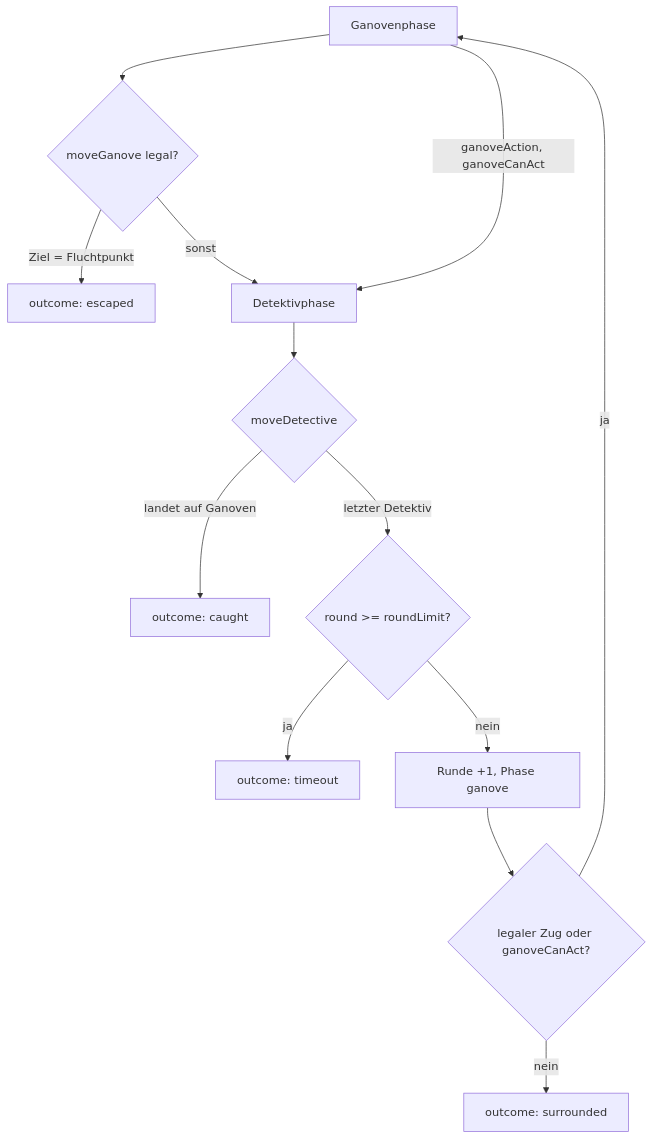
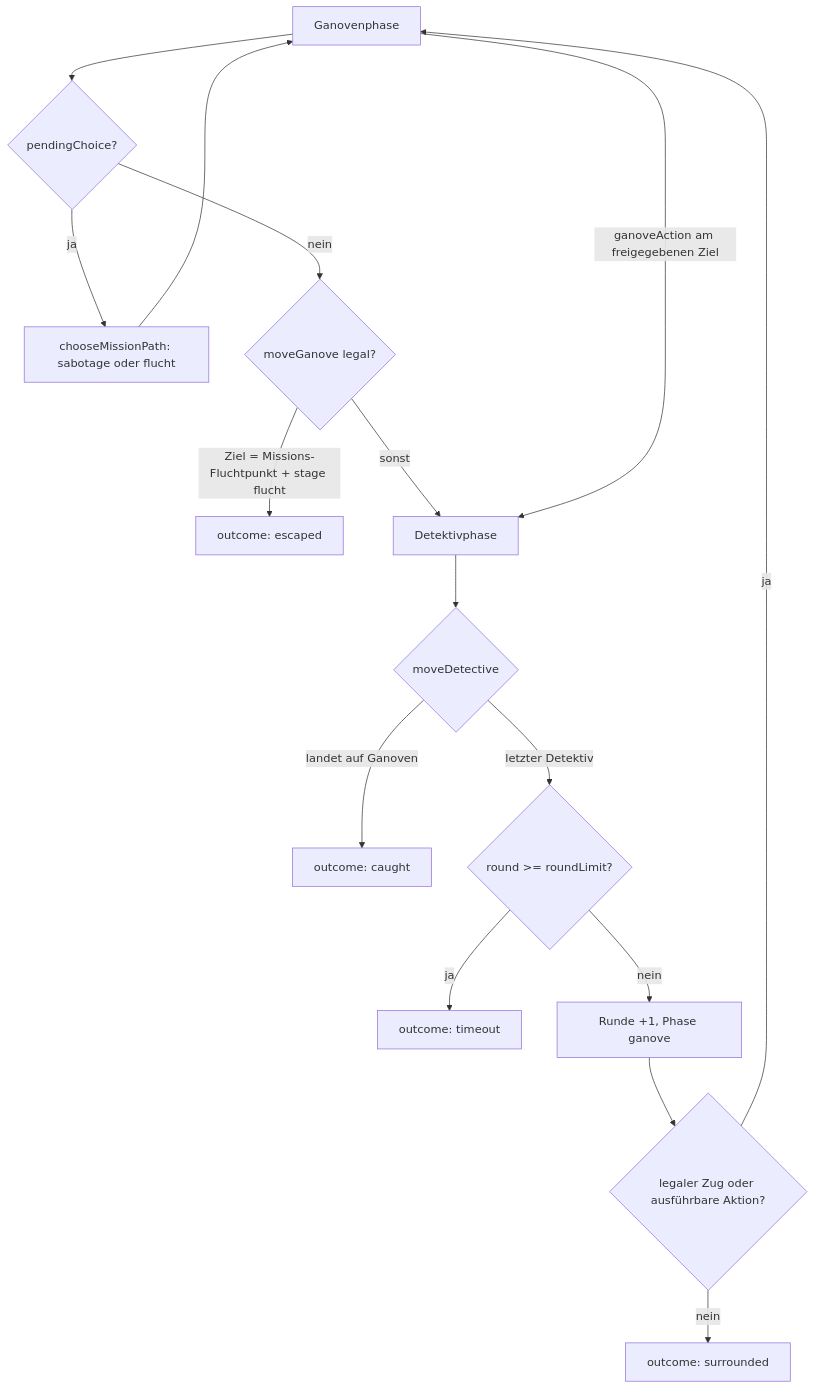
One commit to martin-stromberg/Im-Netz-der-Detektive changed the diagram in docs/help/spiel-engine/ablauf-technisch.md. Above: the diagram before and after it, drawn with Mermaid. The commit also changed other lines of this file and 28 other files, not shown here.

````diff
--- a/docs/help/spiel-engine/ablauf-technisch.md
+++ b/docs/help/spiel-engine/ablauf-technisch.md
@@ -140,15 +207,18 @@
 ```mermaid
 flowchart TD
-    A[Ganovenphase] --> B{moveGanove legal?}
-    B -- Ziel = Fluchtpunkt --> E[outcome: escaped]
+    A[Ganovenphase] --> P{pendingChoice?}
+    P -- ja --> P2[chooseMissionPath: sabotage oder flucht]
+    P2 --> A
+    P -- nein --> B{moveGanove legal?}
+    B -- Ziel = Missions-Fluchtpunkt + stage flucht --> E[outcome: escaped]
     B -- sonst --> C[Detektivphase]
-    A -->|ganoveAction, ganoveCanAct| C
+    A -->|ganoveAction am freigegebenen Ziel| C
     C --> D{moveDetective}
     D -- landet auf Ganoven --> F[outcome: caught]
     D -- letzter Detektiv --> G{round >= roundLimit?}
     G -- ja --> H[outcome: timeout]
     G -- nein --> I[Runde +1, Phase ganove]
-    I --> J{legaler Zug oder ganoveCanAct?}
+    I --> J{legaler Zug oder ausführbare Aktion?}
     J -- nein --> K[outcome: surrounded]
     J -- ja --> A
 ```
````
